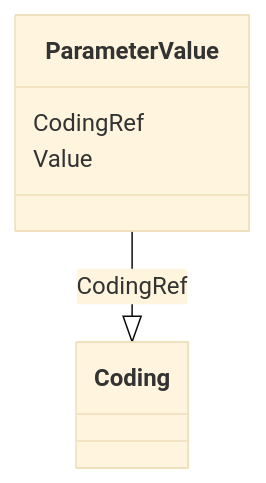
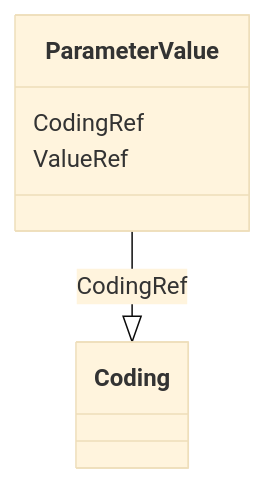
One commit to cdisc-org/DataExchange-ODM-LinkML changed the diagram in docs/ParameterValue.md. Above: the diagram before and after it, drawn with Mermaid (base theme). The commit also changed other lines of this file and 398 other files, not shown here.

Commit message:
refreshing for latest updates to schema

````diff
--- a/docs/ParameterValue.md
+++ b/docs/ParameterValue.md
@@ -9,11 +9,11 @@
 ```mermaid
  classDiagram
     class ParameterValue
       ParameterValue : CodingRef
         
           ParameterValue --|> Coding : CodingRef
         
-      ParameterValue : Value
+      ParameterValue : ValueRef
         
       
 ```
````
